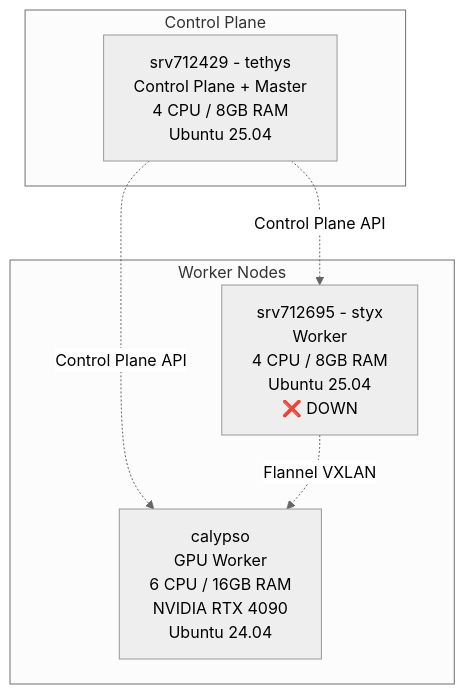
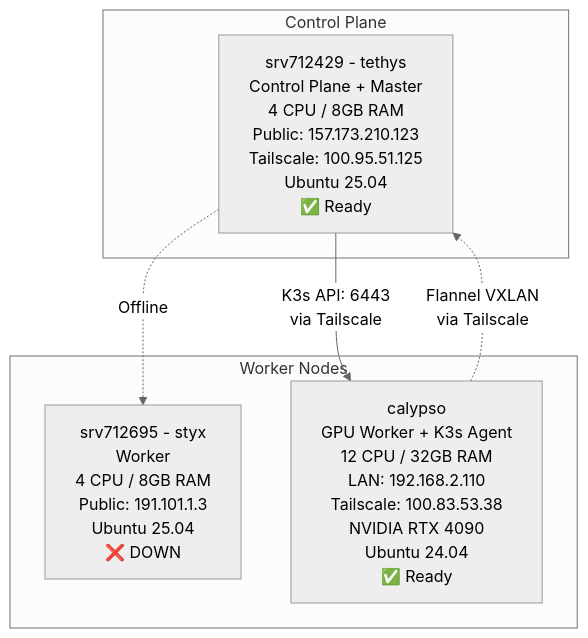
Before and after one commit to goldfish-inc/deepseek-ocr-vllm: the first of 15 diagrams in docs/architecture/KUBERNETES_ARCHITECTURE.md, drawn with Mermaid (neutral theme). The commit also changed other lines of this file and 2 other files, not shown here.

First line of the commit message:
docs: update architecture for calypso as K3s cluster member

````diff
--- a/docs/architecture/KUBERNETES_ARCHITECTURE.md
+++ b/docs/architecture/KUBERNETES_ARCHITECTURE.md
@@ -42,15 +42,15 @@
 ```mermaid
 graph TB
     subgraph "Control Plane"
-        TETHYS[srv712429 - tethys<br/>Control Plane + Master<br/>4 CPU / 8GB RAM<br/>Ubuntu 25.04]
+        TETHYS[srv712429 - tethys<br/>Control Plane + Master<br/>4 CPU / 8GB RAM<br/>Public: 157.173.210.123<br/>Tailscale: 100.95.51.125<br/>Ubuntu 25.04<br/>✅ Ready]
     end
 
     subgraph "Worker Nodes"
-        STYX[srv712695 - styx<br/>Worker<br/>4 CPU / 8GB RAM<br/>Ubuntu 25.04<br/>❌ DOWN]
-        CALYPSO[calypso<br/>GPU Worker<br/>6 CPU / 16GB RAM<br/>NVIDIA RTX 4090<br/>Ubuntu 24.04]
+        STYX[srv712695 - styx<br/>Worker<br/>4 CPU / 8GB RAM<br/>Public: 191.101.1.3<br/>Ubuntu 25.04<br/>❌ DOWN]
+        CALYPSO[calypso<br/>GPU Worker + K3s Agent<br/>12 CPU / 32GB RAM<br/>LAN: 192.168.2.110<br/>Tailscale: 100.83.53.38<br/>NVIDIA RTX 4090<br/>Ubuntu 24.04<br/>✅ Ready]
     end
 
-    TETHYS -.Control Plane API.-> STYX
-    TETHYS -.Control Plane API.-> CALYPSO
-    STYX -.Flannel VXLAN.-> CALYPSO
+    TETHYS -->|K3s API: 6443<br/>via Tailscale| CALYPSO
+    TETHYS -.Offline.-> STYX
+    CALYPSO -.Flannel VXLAN<br/>via Tailscale.-> TETHYS
 ```
````
